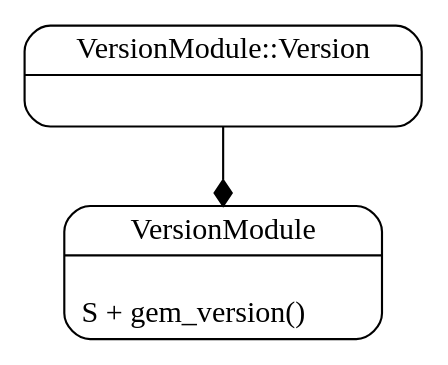
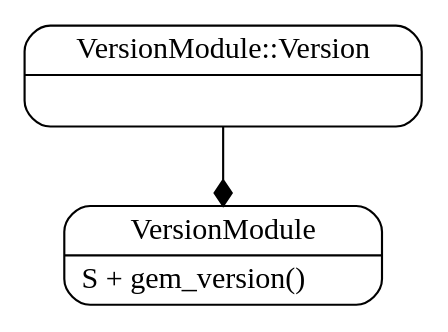
The diagram in spec/integration/lib_version/lib_version.dot (os6sense/xumlidot), drawn with Graphviz before and after one commit. The commit also changed 5 other files, not shown here.

```diff
--- a/spec/integration/lib_version/lib_version.dot
+++ b/spec/integration/lib_version/lib_version.dot
@@ -1,7 +1,7 @@
 digraph graph_title {
             graph[overlap=false, splines=true, bgcolor="white"]
-"VersionModule" [shape=Mrecord, label="{VersionModule|\lS + gem_version()\l}"]
+"VersionModule" [shape=Mrecord, label="{VersionModule|S + gem_version()\l}"]
 "VersionModule::Version" [shape=Mrecord, label="{VersionModule::Version|\l}"]
 "VersionModule::Version" -> "VersionModule" [label="", arrowhead="diamond", arrowtail="diamond"]
 
 }
```
